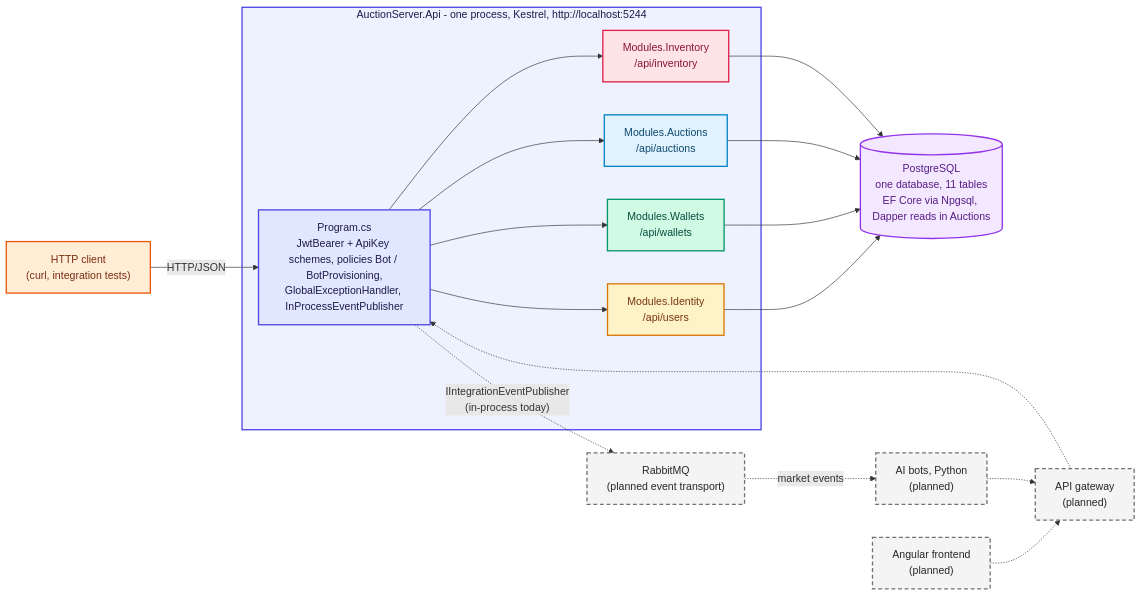
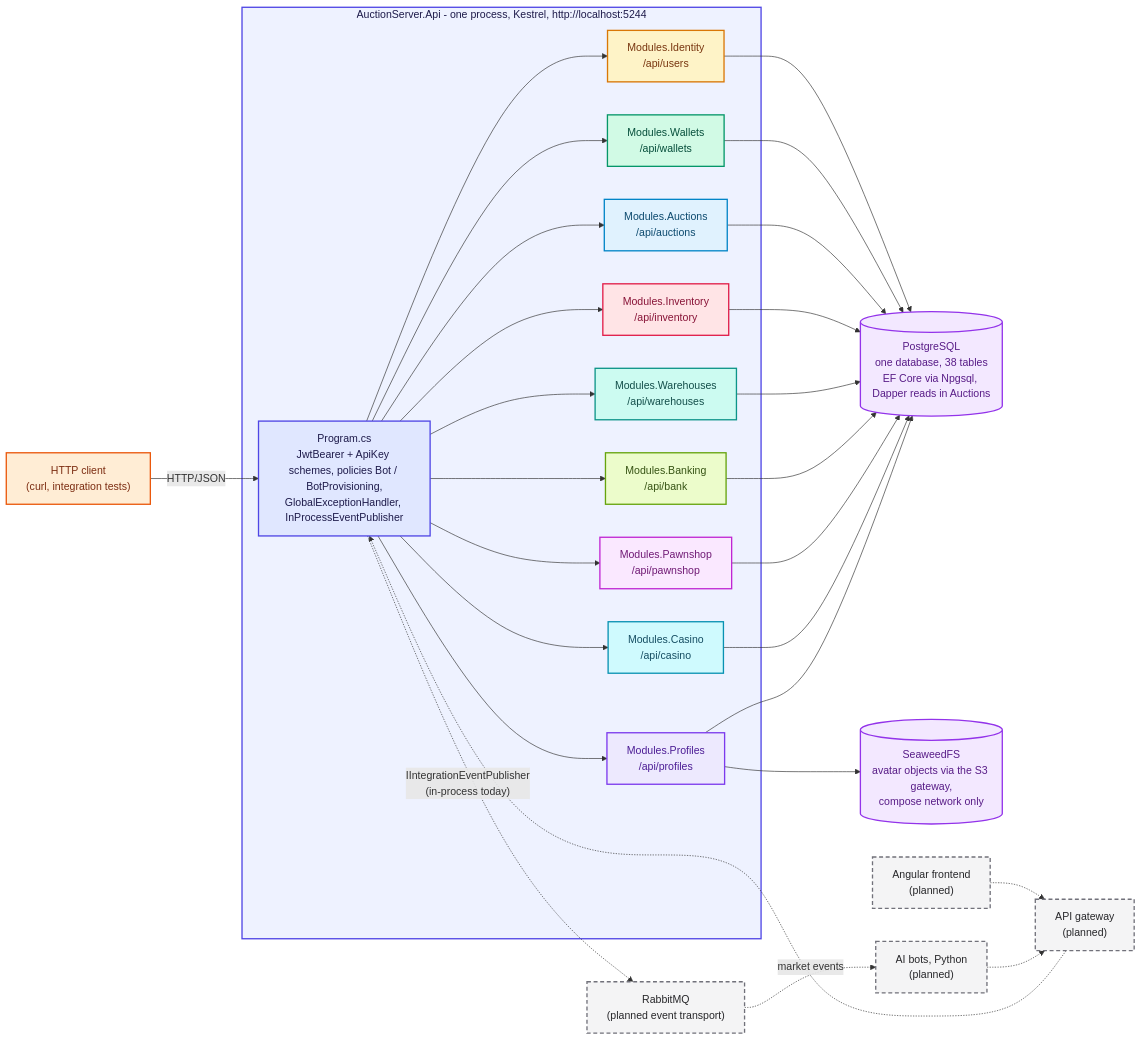
The diagram in docs/diagrams/src/architecture-01-system-context.mmd (Zambrzyckii/Auction), drawn with Mermaid before and after one commit. The commit also changed 42 other files, not shown here.

```diff
--- a/docs/diagrams/src/architecture-01-system-context.mmd
+++ b/docs/diagrams/src/architecture-01-system-context.mmd
@@ -1,32 +1,43 @@
 flowchart LR
 
     Client["HTTP client<br/>(curl, integration tests)"]:::client -->|"HTTP/JSON"| Api
 
     subgraph Host ["AuctionServer.Api - one process, Kestrel, http://localhost:5244"]
         Api["Program.cs<br/>JwtBearer + ApiKey schemes, policies Bot / BotProvisioning,<br/>GlobalExceptionHandler, InProcessEventPublisher"]:::host
         Identity["Modules.Identity<br/>/api/users"]:::identity
         Wallets["Modules.Wallets<br/>/api/wallets"]:::wallets
         Auctions["Modules.Auctions<br/>/api/auctions"]:::auctions
         Inventory["Modules.Inventory<br/>/api/inventory"]:::inventory
-        Api --> Identity & Wallets & Auctions & Inventory
+        Warehouses["Modules.Warehouses<br/>/api/warehouses"]:::warehouses
+        Banking["Modules.Banking<br/>/api/bank"]:::banking
+        Pawnshop["Modules.Pawnshop<br/>/api/pawnshop"]:::pawnshop
+        Casino["Modules.Casino<br/>/api/casino"]:::casino
+        Profiles["Modules.Profiles<br/>/api/profiles"]:::profiles
+        Api --> Identity & Wallets & Auctions & Inventory & Warehouses & Banking & Pawnshop & Casino & Profiles
     end
 
-    Identity & Wallets & Auctions & Inventory --> Db[("PostgreSQL<br/>one database, 11 tables<br/>EF Core via Npgsql, Dapper reads in Auctions")]:::db
+    Identity & Wallets & Auctions & Inventory & Warehouses & Banking & Pawnshop & Casino & Profiles --> Db[("PostgreSQL<br/>one database, 38 tables<br/>EF Core via Npgsql, Dapper reads in Auctions")]:::db
+    Profiles --> Seaweed[("SeaweedFS<br/>avatar objects via the S3 gateway,<br/>compose network only")]:::db
 
     Frontend["Angular frontend<br/>(planned)"]:::planned -.-> Gateway["API gateway<br/>(planned)"]:::planned
     Gateway -.-> Api
     Bots["AI bots, Python<br/>(planned)"]:::planned -.-> Gateway
     Broker["RabbitMQ<br/>(planned event transport)"]:::planned -.->|"market events"| Bots
     Api -.->|"IIntegrationEventPublisher<br/>(in-process today)"| Broker
 
     style Host fill:#EEF2FF,stroke:#4F46E5,stroke-width:2px,color:#1E1B4B
 
     classDef client    fill:#FFEDD5,stroke:#EA580C,stroke-width:2px,color:#7C2D12
     classDef host      fill:#E0E7FF,stroke:#4F46E5,stroke-width:2px,color:#1E1B4B
     classDef identity  fill:#FEF3C7,stroke:#D97706,stroke-width:2px,color:#78350F
     classDef wallets   fill:#D1FAE5,stroke:#059669,stroke-width:2px,color:#064E3B
     classDef auctions  fill:#E0F2FE,stroke:#0284C7,stroke-width:2px,color:#0C4A6E
     classDef inventory fill:#FFE4E6,stroke:#E11D48,stroke-width:2px,color:#881337
+    classDef warehouses fill:#CCFBF1,stroke:#0D9488,stroke-width:2px,color:#134E4A
+    classDef banking   fill:#ECFCCB,stroke:#65A30D,stroke-width:2px,color:#365314
+    classDef pawnshop  fill:#FAE8FF,stroke:#C026D3,stroke-width:2px,color:#701A75
+    classDef casino    fill:#CFFAFE,stroke:#0891B2,stroke-width:2px,color:#164E63
+    classDef profiles  fill:#EDE9FE,stroke:#7C3AED,stroke-width:2px,color:#4C1D95
     classDef shared    fill:#E2E8F0,stroke:#475569,stroke-width:2px,color:#0F172A
     classDef planned   fill:#F4F4F5,stroke:#71717A,stroke-width:2px,stroke-dasharray:6 4,color:#27272A
     classDef db        fill:#F3E8FF,stroke:#9333EA,stroke-width:2px,color:#581C87
```
